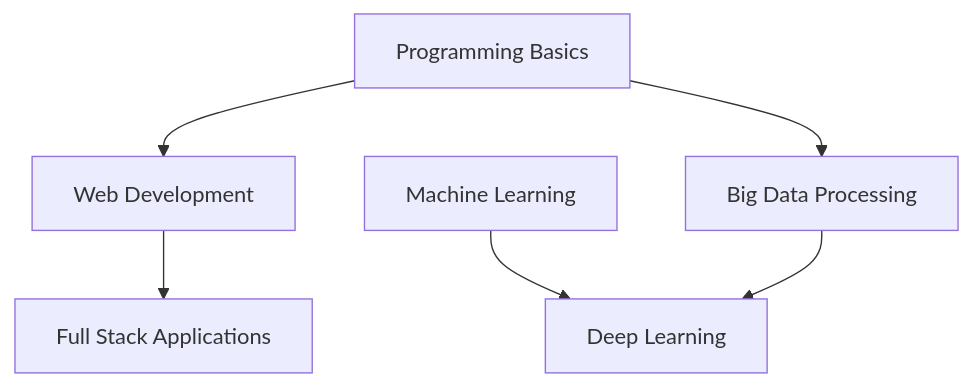
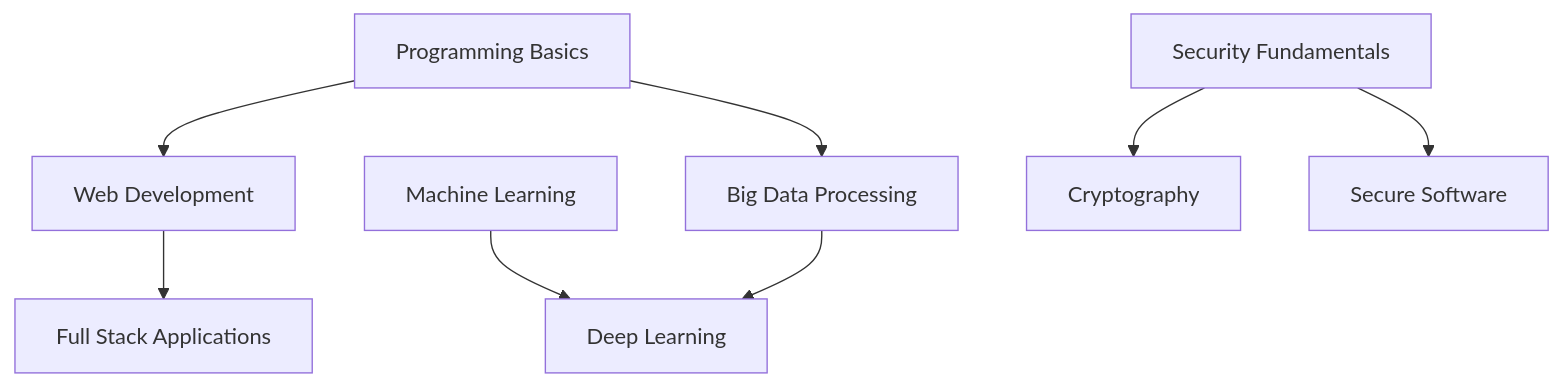
One commit to neverbiasu/awesome-uofg-msc-cs changed the diagram in notes/en/semester-2/index.mdx. Above: the diagram before and after it, drawn with Mermaid. The commit also changed other lines of this file and 10 other files, not shown here.

````diff
--- a/notes/en/semester-2/index.mdx
+++ b/notes/en/semester-2/index.mdx
@@ -43,8 +60,10 @@
 ```mermaid
 graph TD
     A[Programming Basics] --> B[Web Development]
     A --> C[Big Data Processing]
     D[Machine Learning] --> E[Deep Learning]
     C --> E
     B --> F[Full Stack Applications]
+    G[Security Fundamentals] --> H[Cryptography]
+    G --> I[Secure Software]
 ```
````
